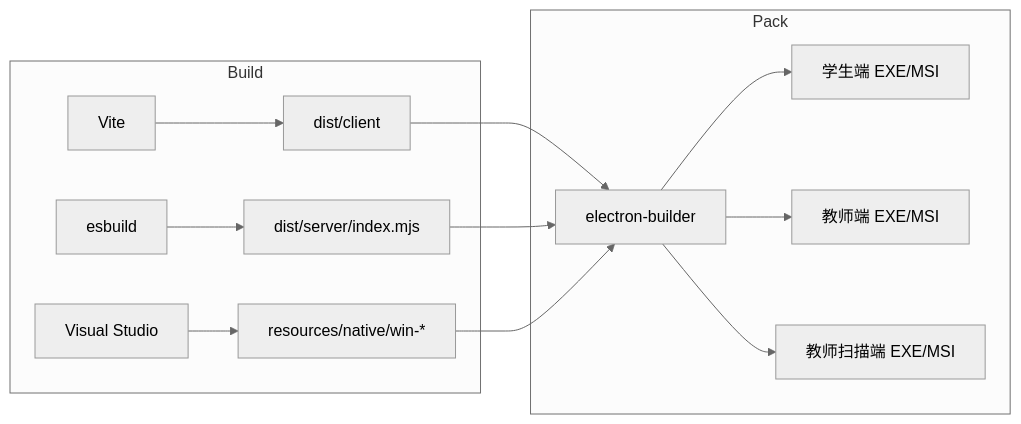
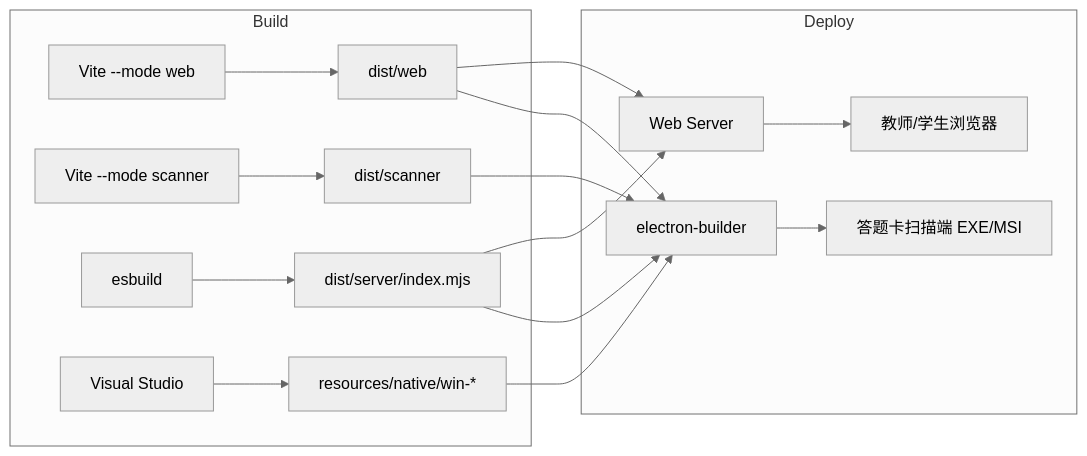
The sixth of 6 diagrams in readus/ARCHITECTURE.md (Dalian-No-5-Middle-School-I-T-C/Project-X), drawn with Mermaid (neutral theme) before and after one commit. The commit also changed other lines of this file and 20 other files, not shown here.

First line of the commit message:
Web/Scanner 构建分离

````diff
--- a/readus/ARCHITECTURE.md
+++ b/readus/ARCHITECTURE.md
@@ -360,19 +407,23 @@
 ```mermaid
 flowchart LR
     subgraph Build
-        V[Vite] --> DC[dist/client]
+        VW[Vite --mode web] --> DW[dist/web]
+        VS[Vite --mode scanner] --> DSc[dist/scanner]
         E[esbuild] --> DS[dist/server/index.mjs]
-        VS[Visual Studio] --> NAT[resources/native/win-*]
+        VSB[Visual Studio] --> NAT[resources/native/win-*]
     end
 
-    subgraph Pack
+    subgraph Deploy
+        Server[Web Server]
         EB[electron-builder]
-        EB --> S[学生端 EXE/MSI]
-        EB --> T[教师端 EXE/MSI]
-        EB --> TS[教师扫描端 EXE/MSI]
+        EB --> ScannerEXE[答题卡扫描端 EXE/MSI]
+        Server --> TeacherUI[教师/学生浏览器]
     end
 
-    DC --> EB
+    DW --> Server
+    DW --> EB
+    DSc --> EB
+    DS --> Server
     DS --> EB
     NAT --> EB
 ```
````
